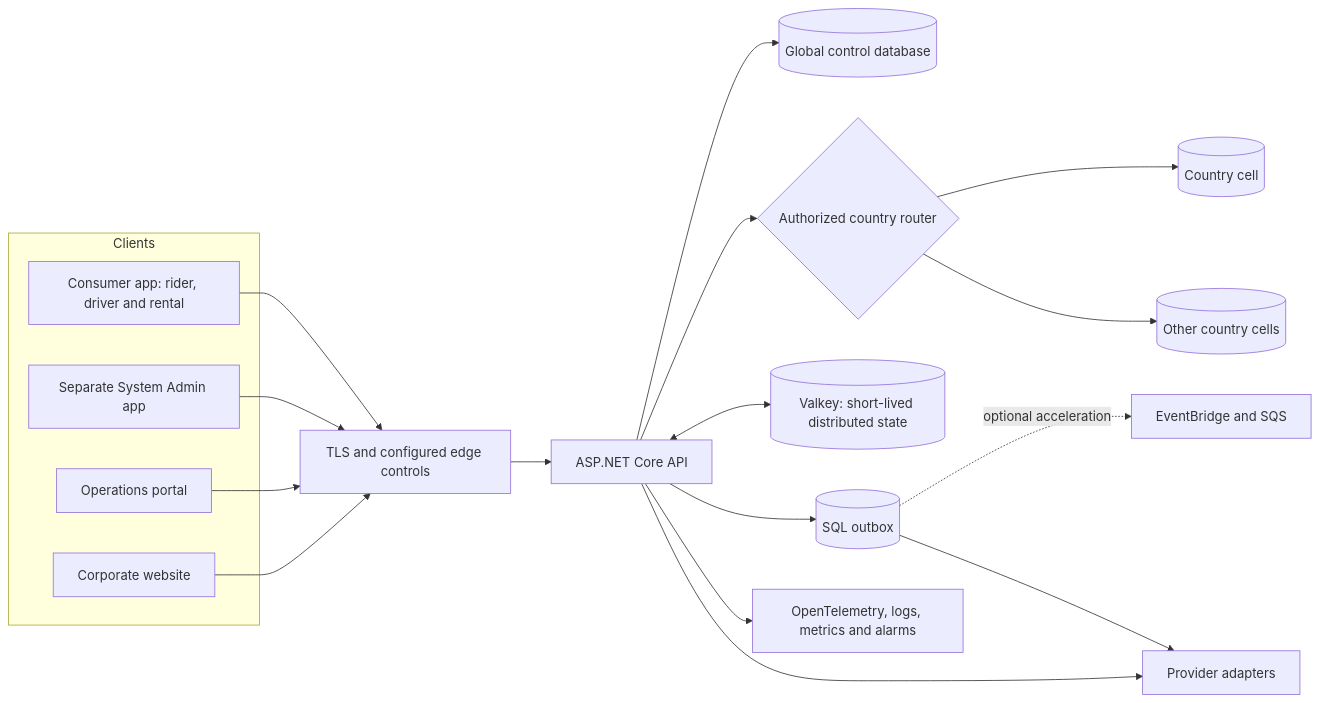
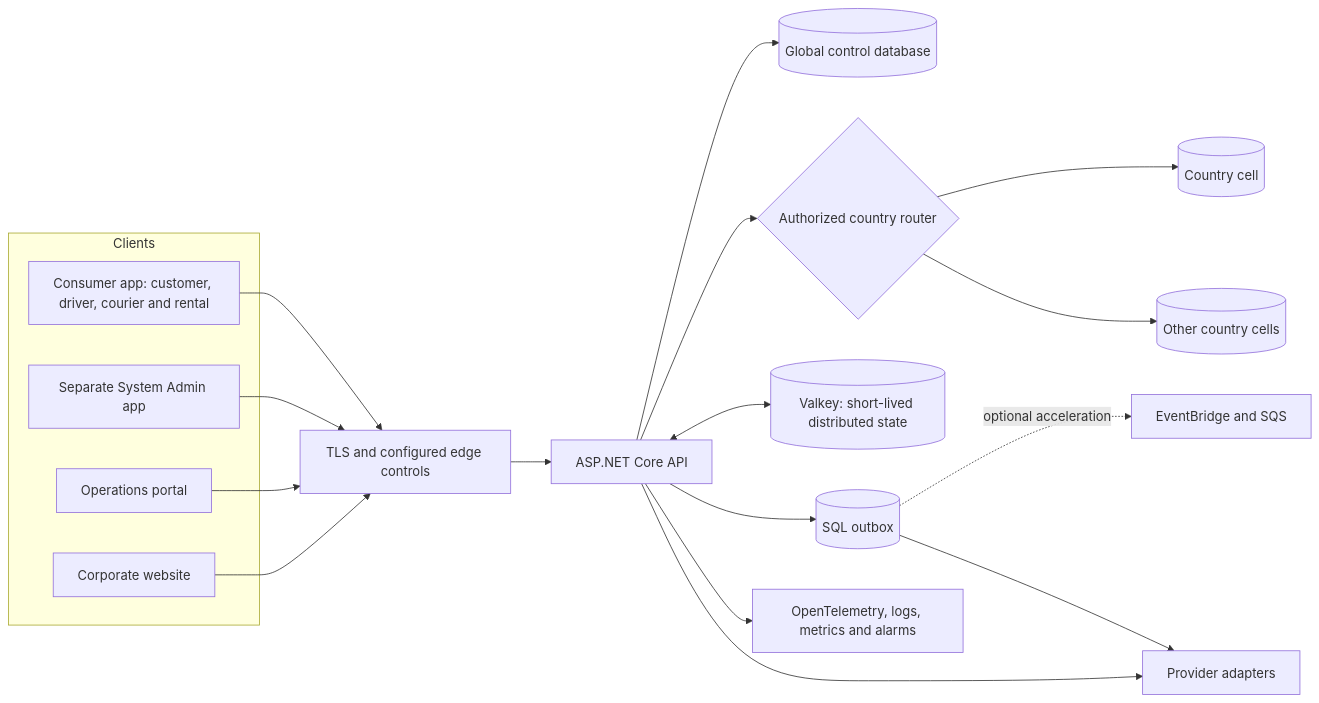
One commit to KiloDriveApp/KiloDrive-Architecture changed the diagram in README.md. Above: the diagram before and after it, drawn with Mermaid. The commit also changed other lines of this file and 18 other files, not shown here.

Commit message:
Document provider platform and release 238 architecture

````diff
--- a/README.md
+++ b/README.md
@@ -167,27 +181,27 @@
 ```mermaid
 flowchart LR
     subgraph Clients
-      Consumer[Consumer app: rider, driver and rental]
+      Consumer[Consumer app: customer, driver, courier and rental]
       Admin[Separate System Admin app]
       Portal[Operations portal]
       Web[Corporate website]
     end
 
     Consumer --> Edge[TLS and configured edge controls]
     Admin --> Edge
     Portal --> Edge
     Web --> Edge
     Edge --> API[ASP.NET Core API]
 
     API --> Control[(Global control database)]
     API --> Router{Authorized country router}
     Router --> JM[(Country cell)]
     Router --> Other[(Other country cells)]
 
     API <--> Valkey[(Valkey: short-lived distributed state)]
     API --> Outbox[(SQL outbox)]
     Outbox -. optional acceleration .-> Bus[EventBridge and SQS]
     Outbox --> Providers[Provider adapters]
     API --> Providers
     API --> Telemetry[OpenTelemetry, logs, metrics and alarms]
 ```
````
